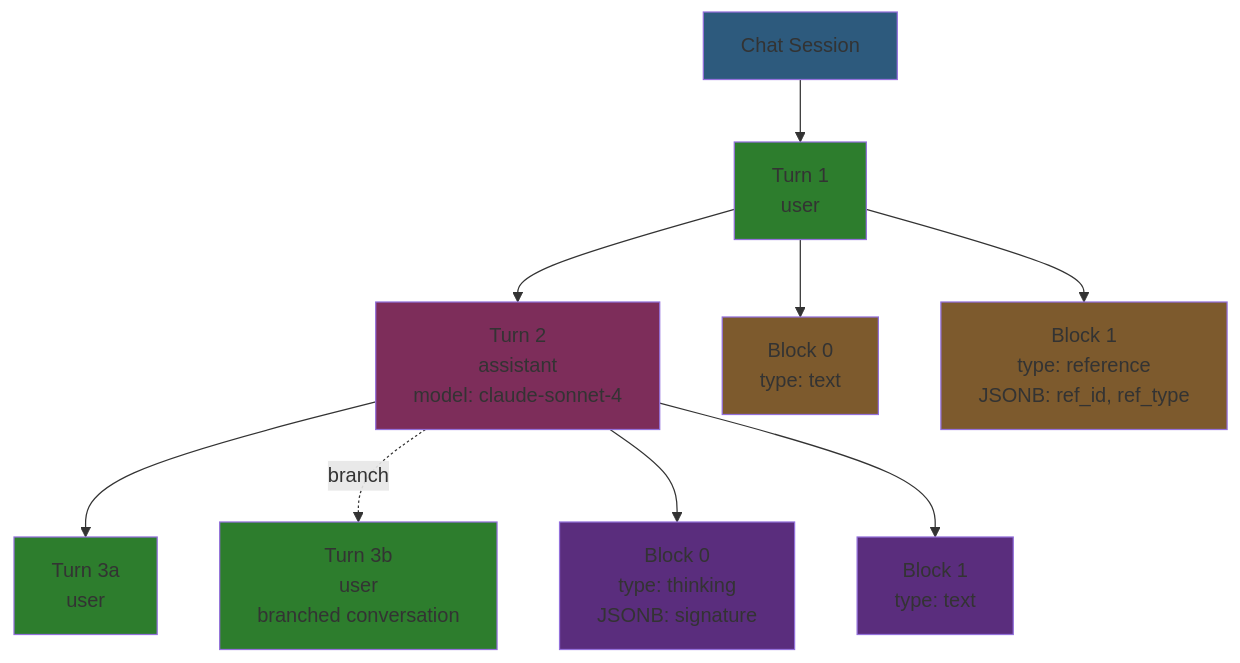
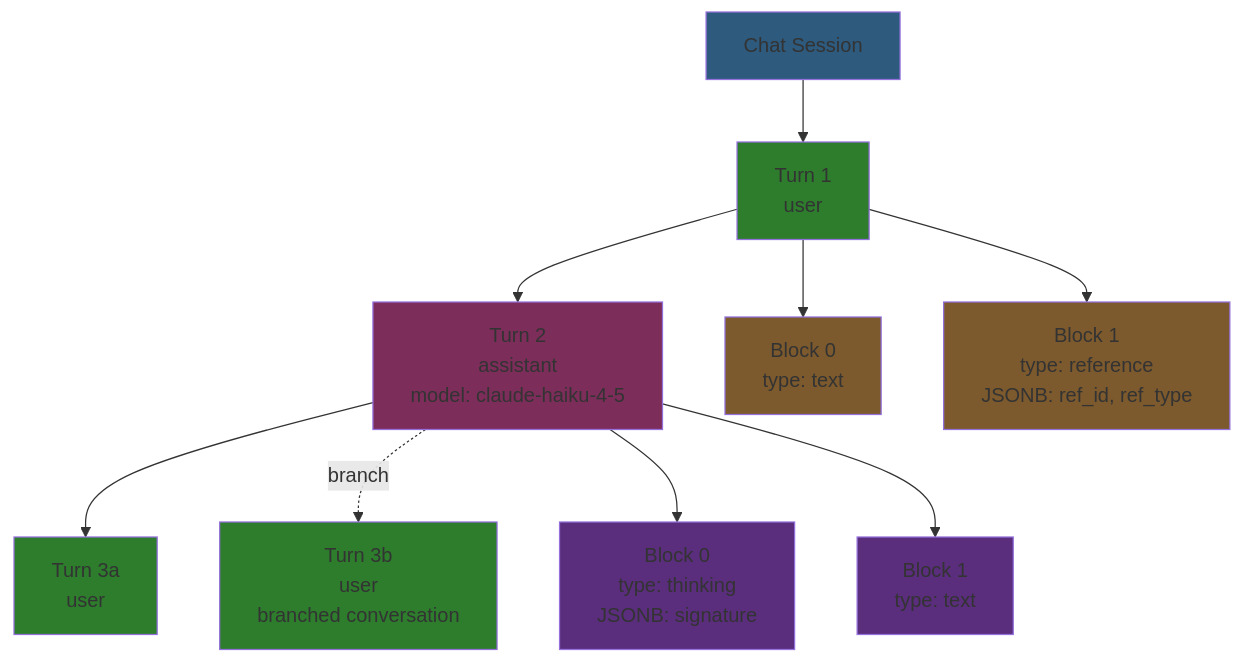
The second of 2 diagrams in _docs/technical/backend/database/schema.md (haowjy/meridian), drawn with Mermaid before and after one commit. The commit also changed other lines of this file and 47 other files, not shown here.

````diff
--- a/_docs/technical/backend/database/schema.md
+++ b/_docs/technical/backend/database/schema.md
@@ -200,31 +202,31 @@
 ```mermaid
 graph TB
     chat[Chat Session]
     turn1[Turn 1<br/>user]
-    turn2[Turn 2<br/>assistant<br/>model: claude-sonnet-4]
+    turn2[Turn 2<br/>assistant<br/>model: claude-haiku-4-5]
     turn3a[Turn 3a<br/>user]
     turn3b[Turn 3b<br/>user<br/>branched conversation]
     cb1_text[Block 0<br/>type: text]
     cb1_ref[Block 1<br/>type: reference<br/>JSONB: ref_id, ref_type]
     cb2_think[Block 0<br/>type: thinking<br/>JSONB: signature]
     cb2_text[Block 1<br/>type: text]
 
     chat --> turn1
     turn1 --> turn2
     turn2 --> turn3a
     turn2 -.branch.-> turn3b
     turn1 --> cb1_text
     turn1 --> cb1_ref
     turn2 --> cb2_think
     turn2 --> cb2_text
 
     style chat fill:#2d5a7d
     style turn1 fill:#2d7d2d
     style turn2 fill:#7d2d5a
     style turn3a fill:#2d7d2d
     style turn3b fill:#2d7d2d
     style cb1_text fill:#7d5a2d
     style cb1_ref fill:#7d5a2d
     style cb2_think fill:#5a2d7d
     style cb2_text fill:#5a2d7d
 ```
````
